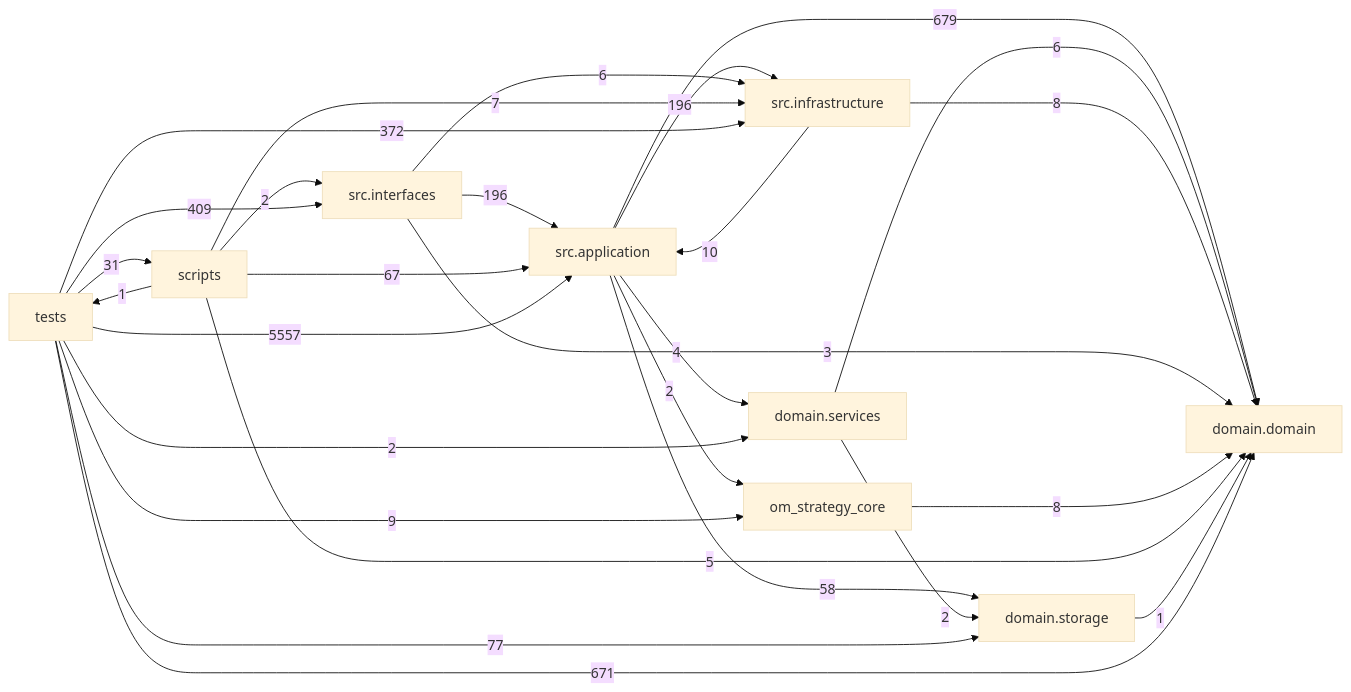
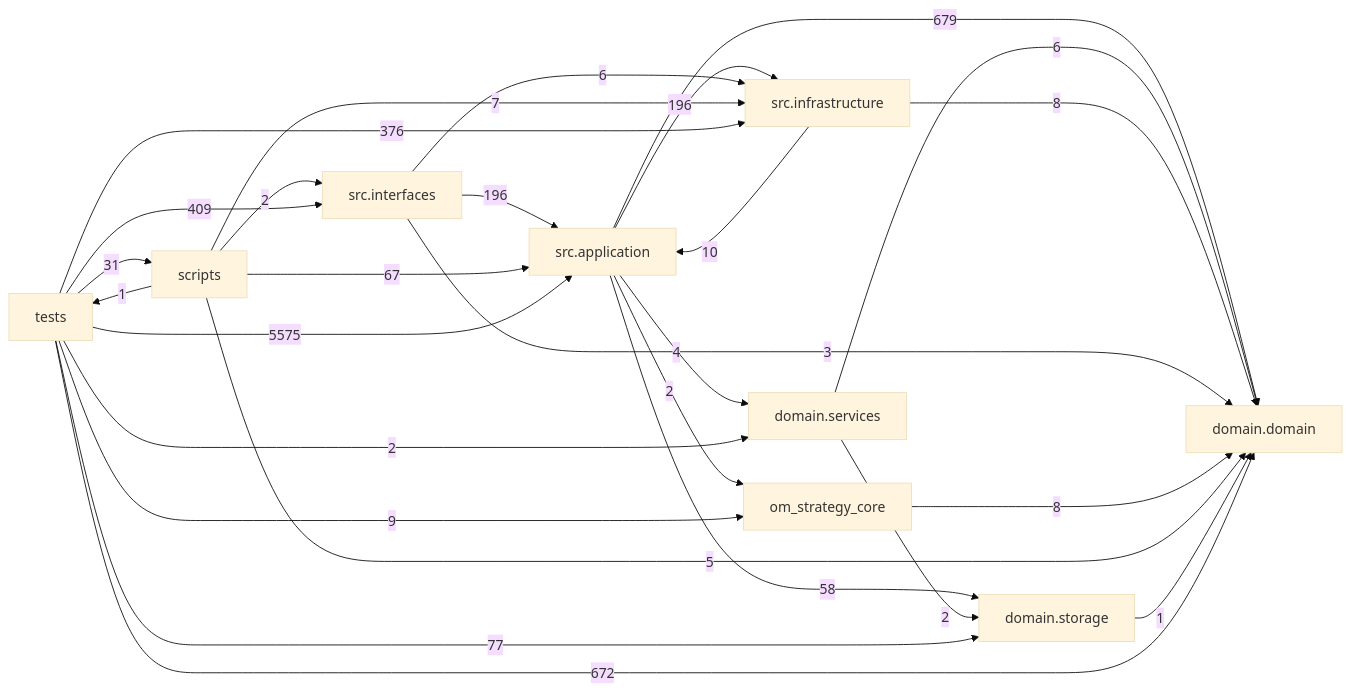
The diagram in docs/DEPENDENCY_GRAPH.md (liuxie066/options-monitor), drawn with Mermaid (base theme) before and after one commit. The commit also changed other lines of this file and 10 other files, not shown here.

````diff
--- a/docs/DEPENDENCY_GRAPH.md
+++ b/docs/DEPENDENCY_GRAPH.md
@@ -24,38 +24,38 @@
 ```mermaid
 flowchart LR
   tests["tests"]
   scripts["scripts"]
   interfaces["src.interfaces"]
   application["src.application"]
   infrastructure["src.infrastructure"]
   domain_services["domain.services"]
   domain["domain.domain"]
   storage["domain.storage"]
   application -->|679| domain
   application -->|4| domain_services
   application -->|196| infrastructure
   application -->|2| om_strategy_core
   application -->|58| storage
   domain_services -->|6| domain
   domain_services -->|2| storage
   infrastructure -->|10| application
   infrastructure -->|8| domain
   interfaces -->|196| application
   interfaces -->|3| domain
   interfaces -->|6| infrastructure
   om_strategy_core -->|8| domain
   scripts -->|67| application
   scripts -->|5| domain
   scripts -->|7| infrastructure
   scripts -->|2| interfaces
   scripts -->|1| tests
   storage -->|1| domain
-  tests -->|5557| application
-  tests -->|671| domain
+  tests -->|5575| application
+  tests -->|672| domain
   tests -->|2| domain_services
-  tests -->|372| infrastructure
+  tests -->|376| infrastructure
   tests -->|409| interfaces
   tests -->|9| om_strategy_core
   tests -->|31| scripts
   tests -->|77| storage
 ```
````
